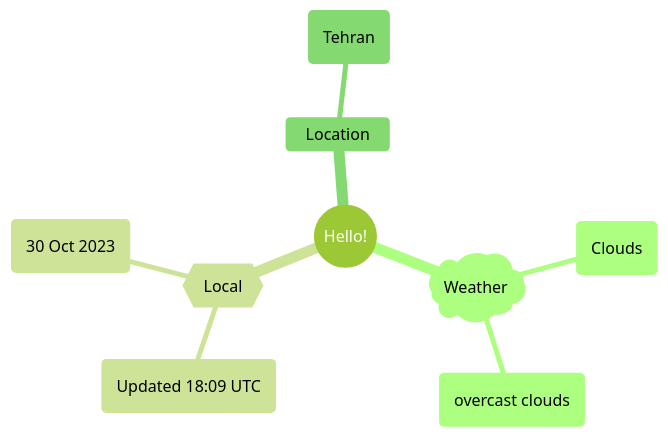
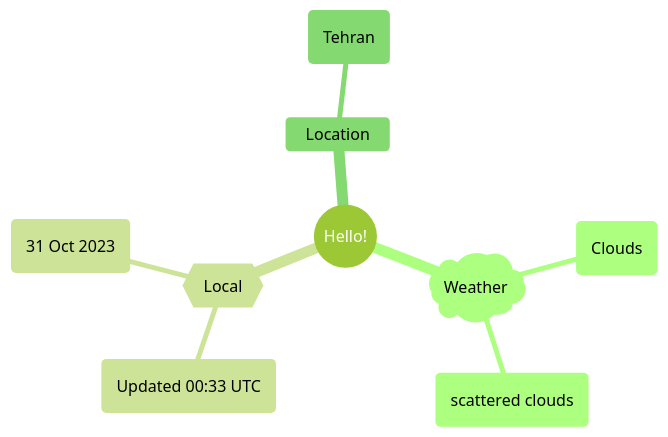
One commit to Xosrov/Xosrov changed the first of 2 diagrams in README.md. Above: the diagram before and after it, drawn with Mermaid (forest theme).

Commit message:
[bot] updated images

````diff
--- a/README.md
+++ b/README.md
@@ -3,12 +3,12 @@
 ```mermaid
 mindmap
   root((Hello!))
     )Weather(
         (Clouds)
-        (overcast clouds)
+        (scattered clouds)
     {{Local}}
-        (Updated 18:09 UTC)
-        (30 Oct 2023)
+        (Updated 00:33 UTC)
+        (31 Oct 2023)
     Location
         (Tehran)
 ```
````
